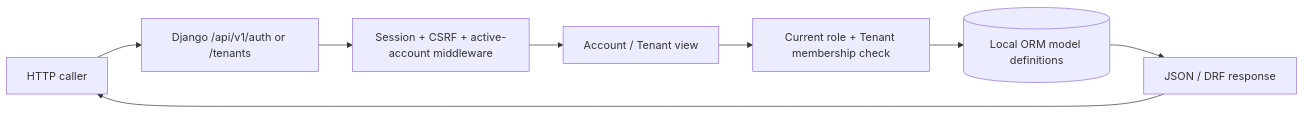
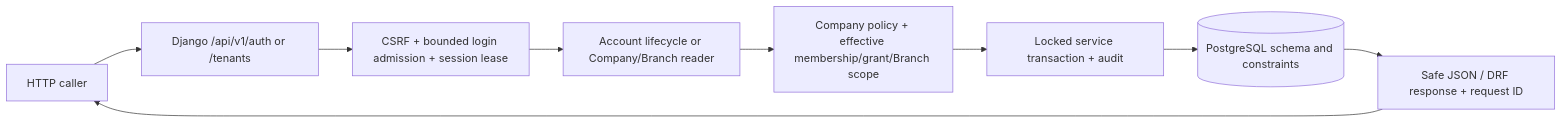
Before and after one commit to muhammedshibiliraihsoft-art/VIRMS: the diagram in architecture/02-API-FLOW.md, drawn with Mermaid. The commit also changed other lines of this file and 86 other files, not shown here.

````diff
--- a/architecture/02-API-FLOW.md
+++ b/architecture/02-API-FLOW.md
@@ -15,10 +23,11 @@
 ```mermaid
 flowchart LR
   C[HTTP caller] --> URL[Django /api/v1/auth or /tenants]
-  URL --> MW[Session + CSRF + active-account middleware]
-  MW --> V[Account / Tenant view]
-  V --> S[Current role + Tenant membership check]
-  S --> DB[(Local ORM model definitions)]
-  DB --> R[JSON / DRF response]
+  URL --> MW[CSRF + bounded login admission + session lease]
+  MW --> V[Account lifecycle or Company/Branch reader]
+  V --> S[Company policy + effective membership/grant/Branch scope]
+  S --> TX[Locked service transaction + audit]
+  TX --> DB[(PostgreSQL schema and constraints)]
+  DB --> R[Safe JSON / DRF response + request ID]
   R --> C
 ```
````
